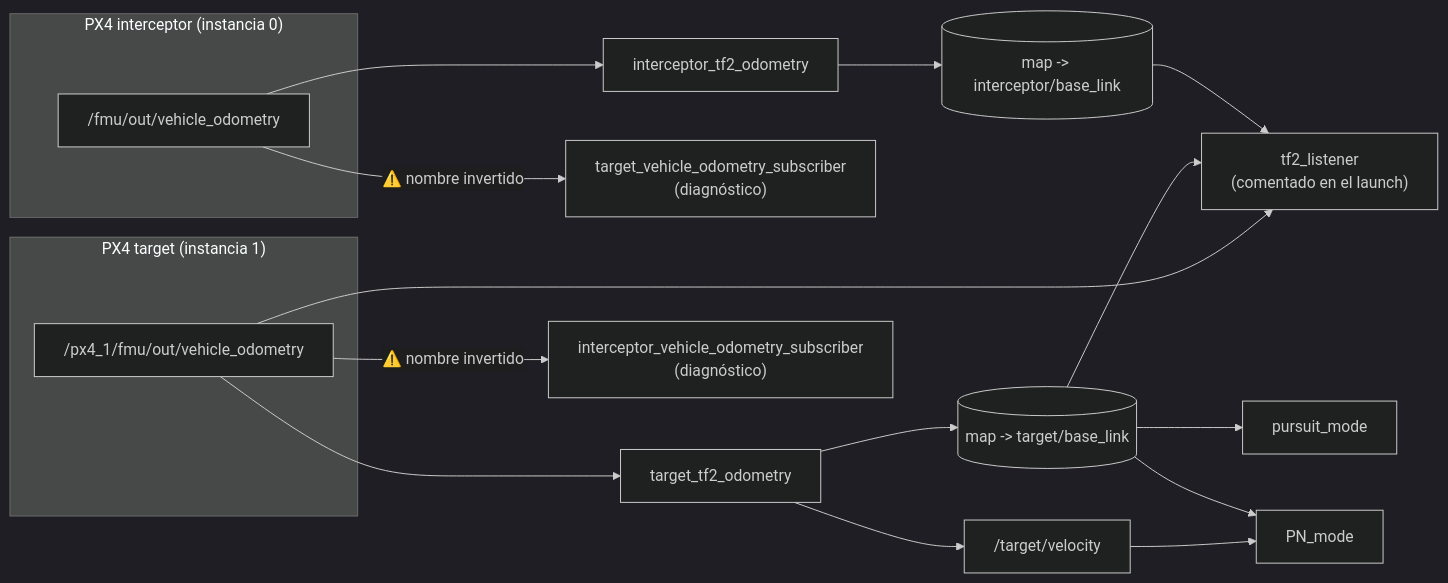
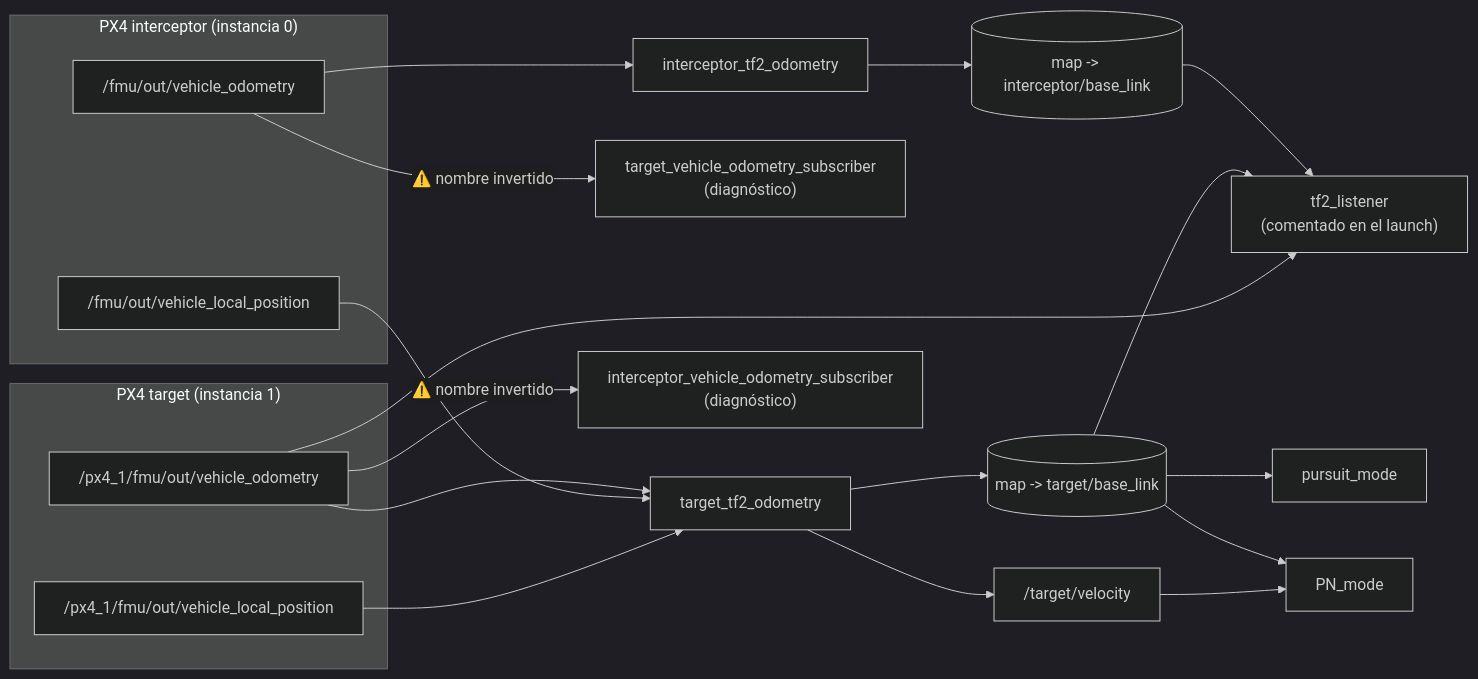
Before and after one commit to PACO-Interceptor/ws_interceptor: the diagram in docs/wiki/Nodes-and-topics.md, drawn with Mermaid. The commit also changed other lines of this file and 11 other files, not shown here.

````diff
--- a/docs/wiki/Nodes-and-topics.md
+++ b/docs/wiki/Nodes-and-topics.md
@@ -38,28 +38,32 @@
 ```mermaid
 %%{init: {"theme": "dark", "themeVariables": {"lineColor": "#cccccc", "edgeLabelBackground": "#1e1e1e"}}}%%
 flowchart LR
     subgraph PX0["PX4 interceptor (instancia 0)"]
         O0["/fmu/out/vehicle_odometry"]
+        L0["/fmu/out/vehicle_local_position"]
     end
     subgraph PX1["PX4 target (instancia 1)"]
         O1["/px4_1/fmu/out/vehicle_odometry"]
+        L1["/px4_1/fmu/out/vehicle_local_position"]
     end
 
     O0 --> ITF[interceptor_tf2_odometry]
     O0 -->|"⚠️ nombre invertido"| TVS["target_vehicle_odometry_subscriber<br/>(diagnóstico)"]
 
     O1 --> TTF[target_tf2_odometry]
+    L0 --> TTF
+    L1 --> TTF
     O1 -->|"⚠️ nombre invertido"| IVS["interceptor_vehicle_odometry_subscriber<br/>(diagnóstico)"]
 
     ITF --> TFI[("map -> interceptor/base_link")]
     TTF --> TFT[("map -> target/base_link")]
     TTF --> VEL["/target/velocity"]
 
     TFT --> PURSUIT[pursuit_mode]
     TFT --> PN[PN_mode]
     VEL --> PN
 
     TFI --> LISTENER["tf2_listener<br/>(comentado en el launch)"]
     TFT --> LISTENER
     O1 --> LISTENER
 ```
````
